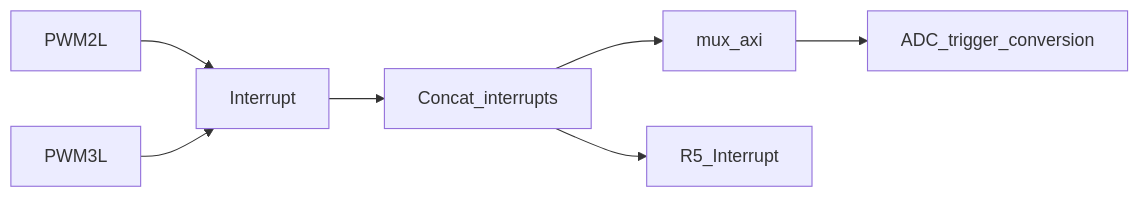
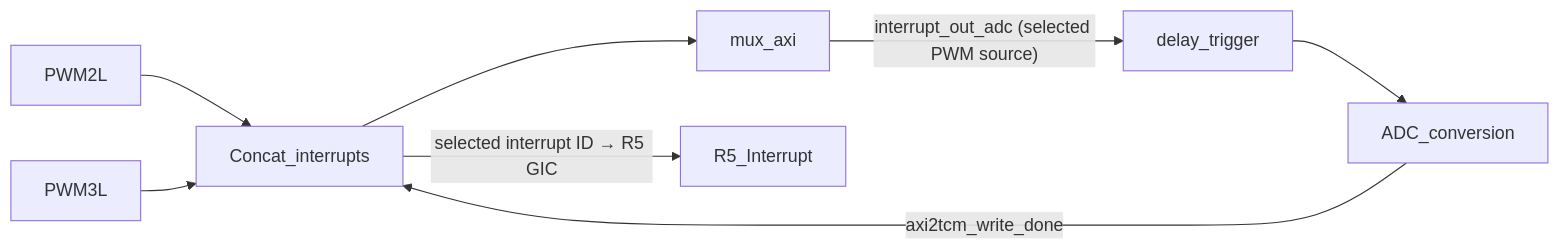
One commit to ultrazohm/ultrazohm_sw changed the second of 2 diagrams in docs/source/guide/rpu_software/interrupts/interrupts.rst. Above: the diagram before and after it, drawn with Mermaid. The commit also changed other lines of this file and 4 other files, not shown here.

Commit message:
wip on introducing triggering on axi2tcm_write_done and docs

```diff
--- a/docs/source/guide/rpu_software/interrupts/interrupts.rst
+++ b/docs/source/guide/rpu_software/interrupts/interrupts.rst
@@ -57,11 +65,12 @@
 .. mermaid::
     :align: center
-    :caption: Signal flow in PL of interrupt and trigger ADC
+    :caption: Signal flow in PL for ADC trigger and ISR trigger
 
     graph LR
-        PWM2L --> Interrupt
-        PWM3L --> Interrupt
-        Interrupt --> Concat_interrupts
+        PWM2L --> Concat_interrupts
+        PWM3L --> Concat_interrupts
         Concat_interrupts --> mux_axi
-        mux_axi --> ADC_trigger_conversion
-        Concat_interrupts --> R5_Interrupt
+        mux_axi -->|"interrupt_out_adc (selected PWM source)"| delay_trigger
+        delay_trigger --> ADC_conversion
+        ADC_conversion -->|axi2tcm_write_done| Concat_interrupts
+        Concat_interrupts -->|"selected interrupt ID → R5 GIC"| R5_Interrupt
```
